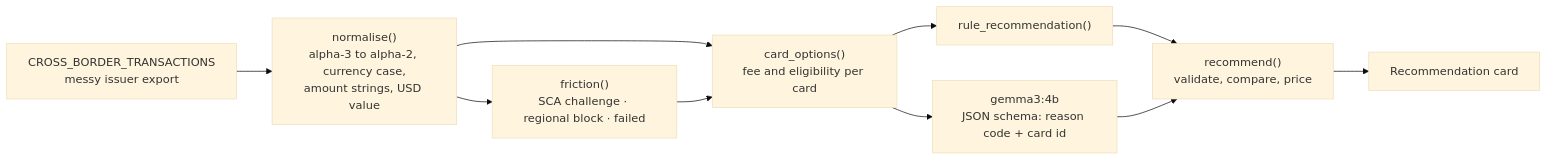
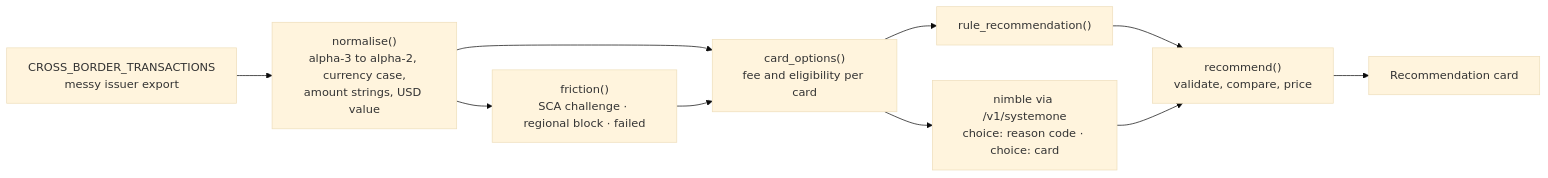
The eighth of 8 diagrams in docs/ARCHITECTURE.md (rajatrao/payment_intelligence), drawn with Mermaid (base theme) before and after one commit. The commit also changed other lines of this file and 9 other files, not shown here.

````diff
--- a/docs/ARCHITECTURE.md
+++ b/docs/ARCHITECTURE.md
@@ -705,12 +706,12 @@
 ```mermaid
 flowchart LR
     feed["CROSS_BORDER_TRANSACTIONS<br/>messy issuer export"] --> norm["normalise()<br/>alpha-3 to alpha-2, currency case,<br/>amount strings, USD value"]
     norm --> fric["friction()<br/>SCA challenge · regional block · failed"]
     norm --> opts["card_options()<br/>fee and eligibility per card"]
     fric --> opts
     opts --> rule["rule_recommendation()"]
-    opts --> llm["gemma3:4b<br/>JSON schema: reason code + card id"]
+    opts --> llm["nimble via /v1/systemone<br/>choice: reason code · choice: card"]
     rule --> check["recommend()<br/>validate, compare, price"]
     llm --> check
     check --> ui["Recommendation card"]
 ```
````
